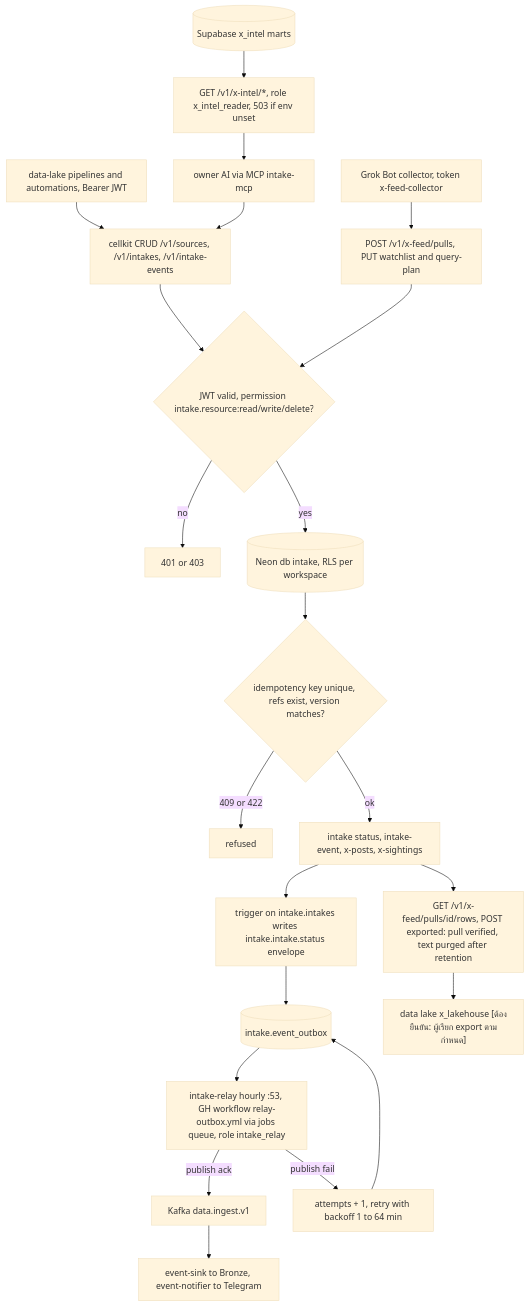
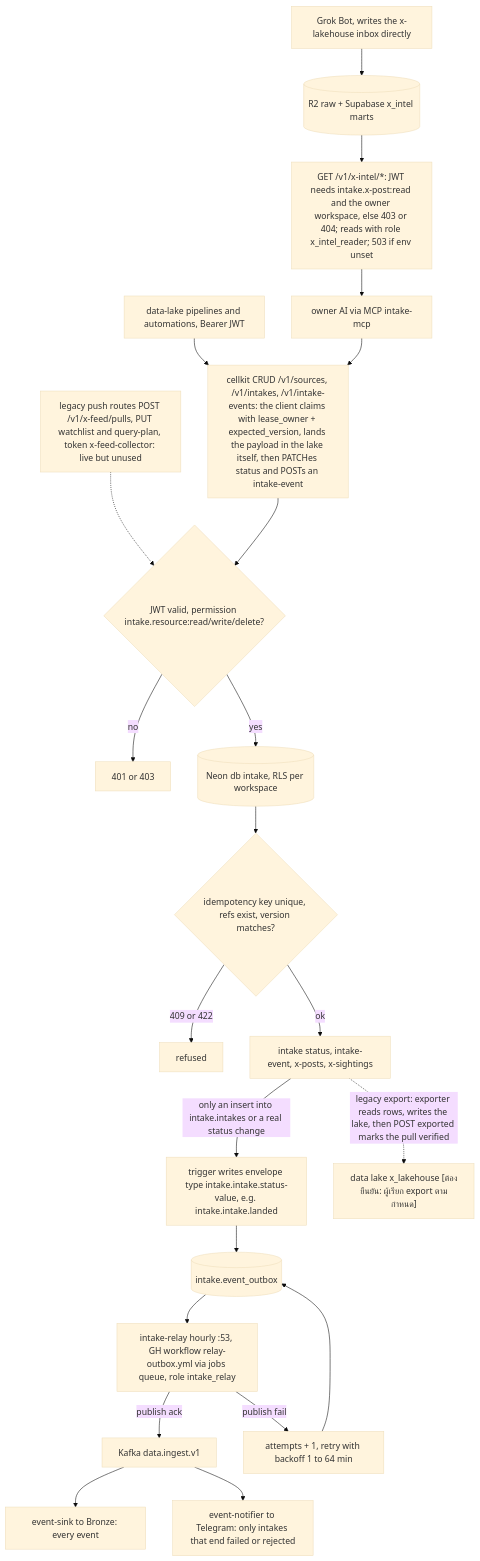
The diagram in docs/diagrams/01-business-process.md (bookchaowalit/platform-intake-api), drawn with Mermaid (base theme) before and after one commit. The commit also changed other lines of this file, not shown here.

Commit message:
docs: correct As-Is/To-Be facts from review (01-business-process)

````diff
--- a/docs/diagrams/01-business-process.md
+++ b/docs/diagrams/01-business-process.md
@@ -9,24 +9,24 @@
 ```mermaid
 flowchart TD
-  PIPE["data-lake pipelines and automations, Bearer JWT"] --> CRUD["cellkit CRUD /v1/sources, /v1/intakes, /v1/intake-events"]
+  PIPE["data-lake pipelines and automations, Bearer JWT"] --> CRUD["cellkit CRUD /v1/sources, /v1/intakes, /v1/intake-events: the client claims with lease_owner + expected_version, lands the payload in the lake itself, then PATCHes status and POSTs an intake-event"]
   OWNER["owner AI via MCP intake-mcp"] --> CRUD
-  GROK["Grok Bot collector, token x-feed-collector"] --> PULL["POST /v1/x-feed/pulls, PUT watchlist and query-plan"]
+  GROK["Grok Bot, writes the x-lakehouse inbox directly"] --> XMART[("R2 raw + Supabase x_intel marts")]
+  LEGACY["legacy push routes POST /v1/x-feed/pulls, PUT watchlist and query-plan, token x-feed-collector: live but unused"] -.-> AUTHZ
   CRUD --> AUTHZ{"JWT valid, permission intake.resource:read/write/delete?"}
-  PULL --> AUTHZ
   AUTHZ -->|no| DENY["401 or 403"]
   AUTHZ -->|yes| DB[("Neon db intake, RLS per workspace")]
   DB --> RULES{"idempotency key unique, refs exist, version matches?"}
   RULES -->|"409 or 422"| REFUSE["refused"]
   RULES -->|ok| STORE["intake status, intake-event, x-posts, x-sightings"]
-  STORE --> TRG["trigger on intake.intakes writes intake.intake.status envelope"]
+  STORE -->|"only an insert into intake.intakes or a real status change"| TRG["trigger writes envelope type intake.intake.status-value, e.g. intake.intake.landed"]
   TRG --> OUTBOX[("intake.event_outbox")]
   OUTBOX --> RELAY["intake-relay hourly :53, GH workflow relay-outbox.yml via jobs queue, role intake_relay"]
   RELAY -->|"publish ack"| KAFKA["Kafka data.ingest.v1"]
   RELAY -->|"publish fail"| BACKOFF["attempts + 1, retry with backoff 1 to 64 min"]
   BACKOFF --> OUTBOX
-  KAFKA --> CONSUMERS["event-sink to Bronze, event-notifier to Telegram"]
-  STORE --> EXPORT["GET /v1/x-feed/pulls/id/rows, POST exported: pull verified, text purged after retention"]
-  EXPORT --> LAKE["data lake x_lakehouse [ต้องยืนยัน: ผู้เรียก export ตามกำหนด]"]
-  XMART[("Supabase x_intel marts")] --> XINTEL["GET /v1/x-intel/*, role x_intel_reader, 503 if env unset"]
+  KAFKA --> SINK["event-sink to Bronze: every event"]
+  KAFKA --> NOTIFY["event-notifier to Telegram: only intakes that end failed or rejected"]
+  STORE -.->|"legacy export: exporter reads rows, writes the lake, then POST exported marks the pull verified"| LAKE["data lake x_lakehouse [ต้องยืนยัน: ผู้เรียก export ตามกำหนด]"]
+  XMART --> XINTEL["GET /v1/x-intel/*: JWT needs intake.x-post:read and the owner workspace, else 403 or 404; reads with role x_intel_reader; 503 if env unset"]
   XINTEL --> OWNER
 ```
````
